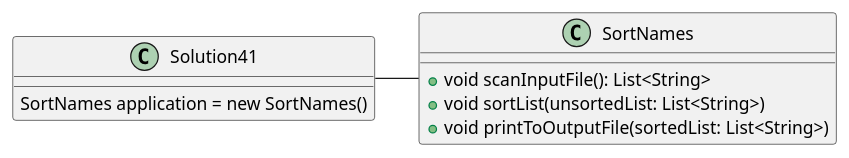
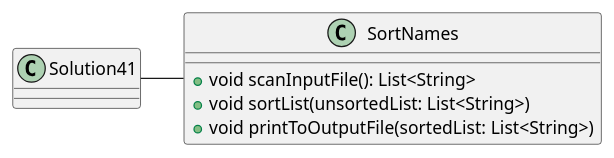
Before and after one commit to Reynaldo-Martinez2021/martinez-a04: the diagram in exercise41/docs/exercise41.puml, drawn with PlantUML. The commit also changed 1 other file, not shown here.

```diff
--- a/exercise41/docs/exercise41.puml
+++ b/exercise41/docs/exercise41.puml
@@ -1,16 +1,16 @@
 @startuml
 'https://plantuml.com/class-diagram
 
 class Solution41{
-SortNames application = new SortNames()
+
 }
 
 class SortNames {
 +void scanInputFile(): List<String>
 +void sortList(unsortedList: List<String>)
 +void printToOutputFile(sortedList: List<String>)
 }
 
 Solution41 - SortNames
 
 @enduml
```
